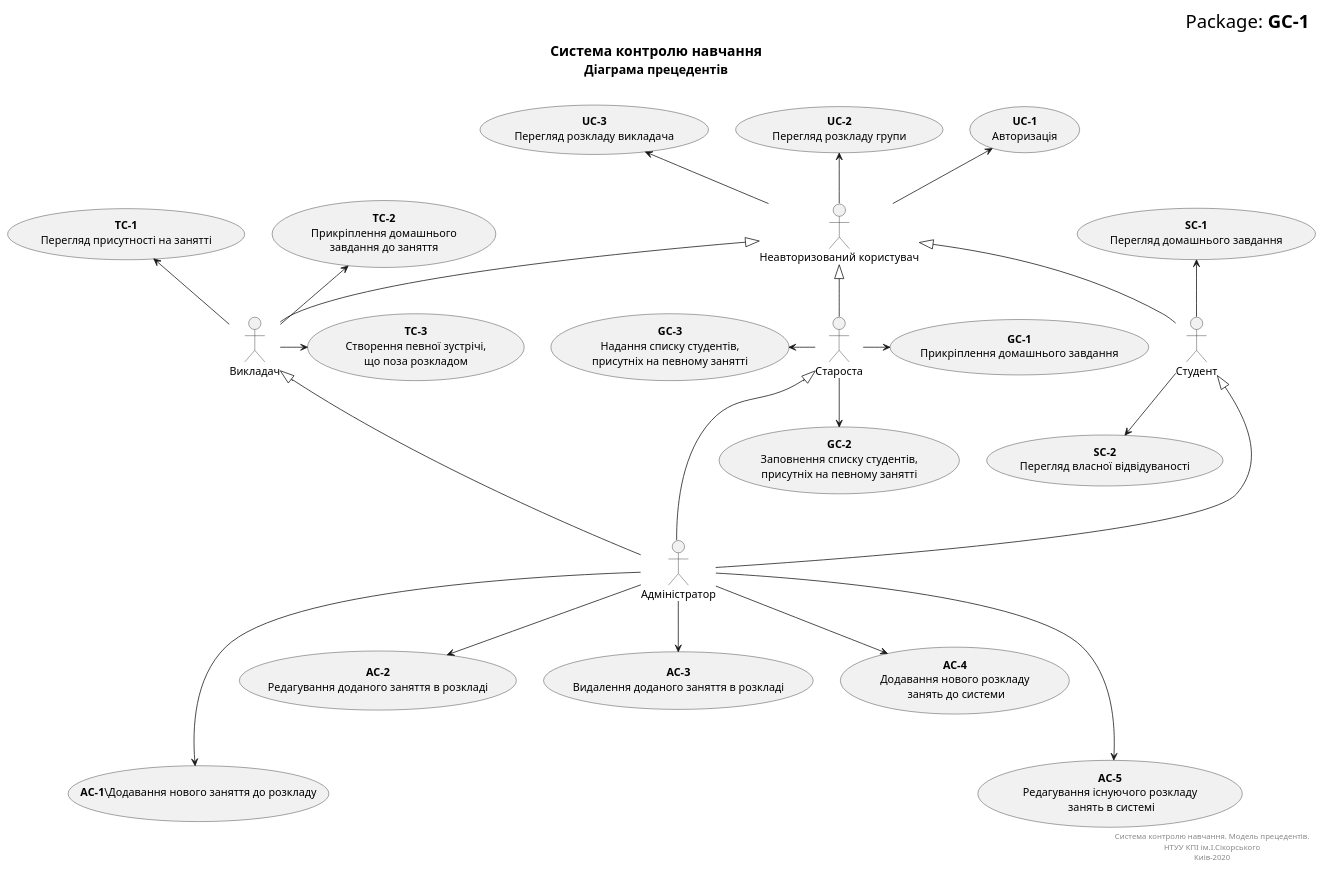
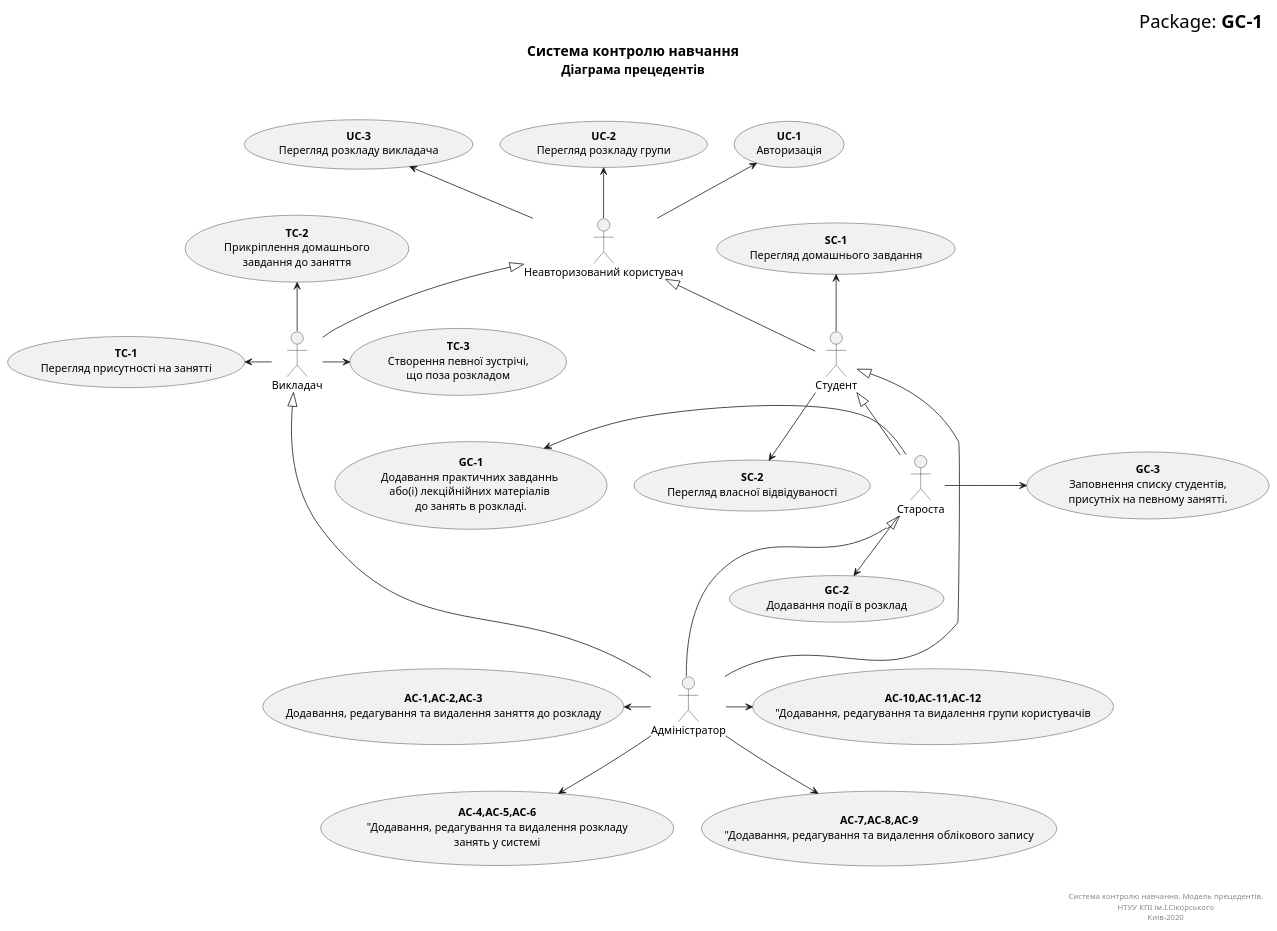
Before and after one commit to vladlinu/TeamOne: the diagram in docs/UML_Diagrams/general/src/general.pu, drawn with PlantUML. The commit also changed 3 other files, not shown here.

```diff
--- a/docs/UML_Diagrams/general/src/general.pu
+++ b/docs/UML_Diagrams/general/src/general.pu
@@ -1,80 +1,82 @@
 @startuml
 right header
 <font size=24 color=black>Package: <b>GC-1
 end header
 
 title
 <font size=18 color=black>Система контролю навчання
 <font size=16 color=black>Діаграма прецедентів
+
 
 end title
 
 actor "Неавторизований користувач" as Guest
 actor "Студент" as Student
 actor "Староста" as GroupHead
 actor "Викладач" as Teacher
 actor "Адміністратор" as Admin
 
 ' UCes for Guest:
 usecase "<b>UC-1</b>\nАвторизація" as UC1_Guest
 usecase "<b>UC-2</b>\nПерегляд розкладу групи" as UC2_Guest
 usecase "<b>UC-3</b>\nПерегляд розкладу викладача" as UC3_Guest
 
 ' UCes for Student:
 usecase "<b>SC-1</b>\nПерегляд домашнього завдання" as SC1_Student
 usecase "<b>SC-2</b>\nПерегляд власної відвідуваності" as SC2_Student
 
 ' UCes for GroupHead:
-usecase "<b>GC-1</b>\nПрикріплення домашнього завдання" as GC1_GroupHead
-usecase "<b>GC-2</b>\nЗаповнення списку студентів,\nприсутніх на певному занятті" as GC2_GroupHead
-usecase "<b>GC-3</b>\nНадання списку студентів,\nприсутніх на певному занятті" as GC3_GroupHead
+usecase "<b>GC-1</b>\nДодавання практичних завданнь \nабо(і) лекційнійних матеріалів \nдо занять в розкладі." as GC1_GroupHead
+usecase "<b>GC-2</b>\nДодавання події в розклад" as GC2_GroupHead
+usecase "<b>GC-3</b>\nЗаповнення списку студентів,\nприсутніх на певному занятті." as GC3_GroupHead
 
 ' UCes for Teacher:
 usecase "<b>TC-1</b>\nПерегляд присутності на занятті" as TC1_Teacher
 usecase "<b>TC-2</b>\nПрикріплення домашнього\nзавдання до заняття" as TC2_Teacher
 usecase "<b>TC-3</b>\nСтворення певної зустрічі,\nщо поза розкладом" as TC3_Teacher
 
 ' UCes for Admin:
-usecase "<b>AC-1</b>\Додавання нового заняття до розкладу" as AC1_Admin
-usecase "<b>AC-2</b>\nРедагування доданого заняття в розкладі" as AC2_Admin
-usecase "<b>AC-3</b>\nВидалення доданого заняття в розкладі" as AC3_Admin
-usecase "<b>AC-4</b>\nДодавання нового розкладу\n занять до системи" as AC4_Admin
-usecase "<b>AC-5</b>\nРедагування існуючого розкладу\n занять в системі" as AC5_Admin
+usecase "<b>AC-1,AC-2,AC-3</b>\nДодавання, редагування та видалення заняття до розкладу" as AC1_Admin
+usecase "<b>AC-4,AC-5,AC-6</b>\n"Додавання, редагування та видалення розкладу\nзанять у системі" as AC2_Admin
+usecase "<b>AC-7,AC-8,AC-9</b>\n"Додавання, редагування та видалення облікового запису" as AC3_Admin
+usecase "<b>AC-10,AC-11,AC-12</b>\n"Додавання, редагування та видалення групи користувачів" as AC4_Admin
 
 ' Actors connections
 Student -u-|> Guest
-GroupHead -u-|> Guest
+GroupHead -u-|> Student
 Teacher -u-|> Guest
 
 Admin -u--|> Student
 Admin -u--|> GroupHead
 Admin -u--|> Teacher
 
 ' UCes connectios
 Guest -u-> UC1_Guest
 Guest -u-> UC2_Guest
 Guest -u-> UC3_Guest
 
 Student -u-> SC1_Student
 Student -d-> SC2_Student
 
-GroupHead -r-> GC1_GroupHead
+GroupHead -l-> GC1_GroupHead
 GroupHead -d-> GC2_GroupHead
-GroupHead -l-> GC3_GroupHead
+GroupHead -r-> GC3_GroupHead
 
-Teacher -u-> TC1_Teacher
+Teacher -l-> TC1_Teacher
 Teacher -u-> TC2_Teacher
 Teacher -r--> TC3_Teacher
 
-Admin -d--> AC1_Admin
+Admin -l--> AC1_Admin
 Admin -d-> AC2_Admin
 Admin -d-> AC3_Admin
-Admin -d-> AC4_Admin
-Admin -d--> AC5_Admin
+Admin -r-> AC4_Admin
+
 
 right footer
+
+
 Система контролю навчання. Модель прецедентів.
 НТУУ КПІ ім.І.Сікорського
 Киів-2020
 end footer
 @enduml
```
